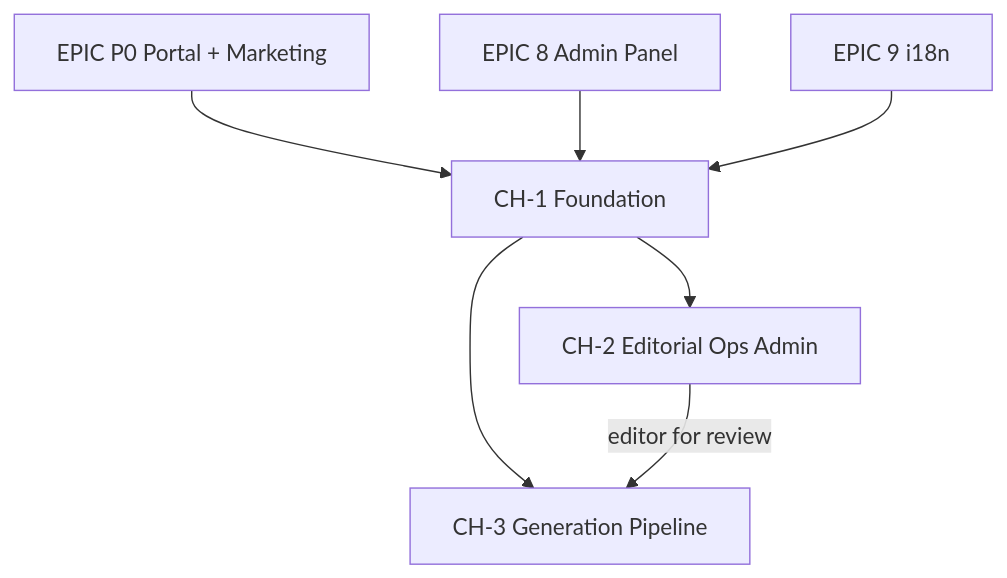
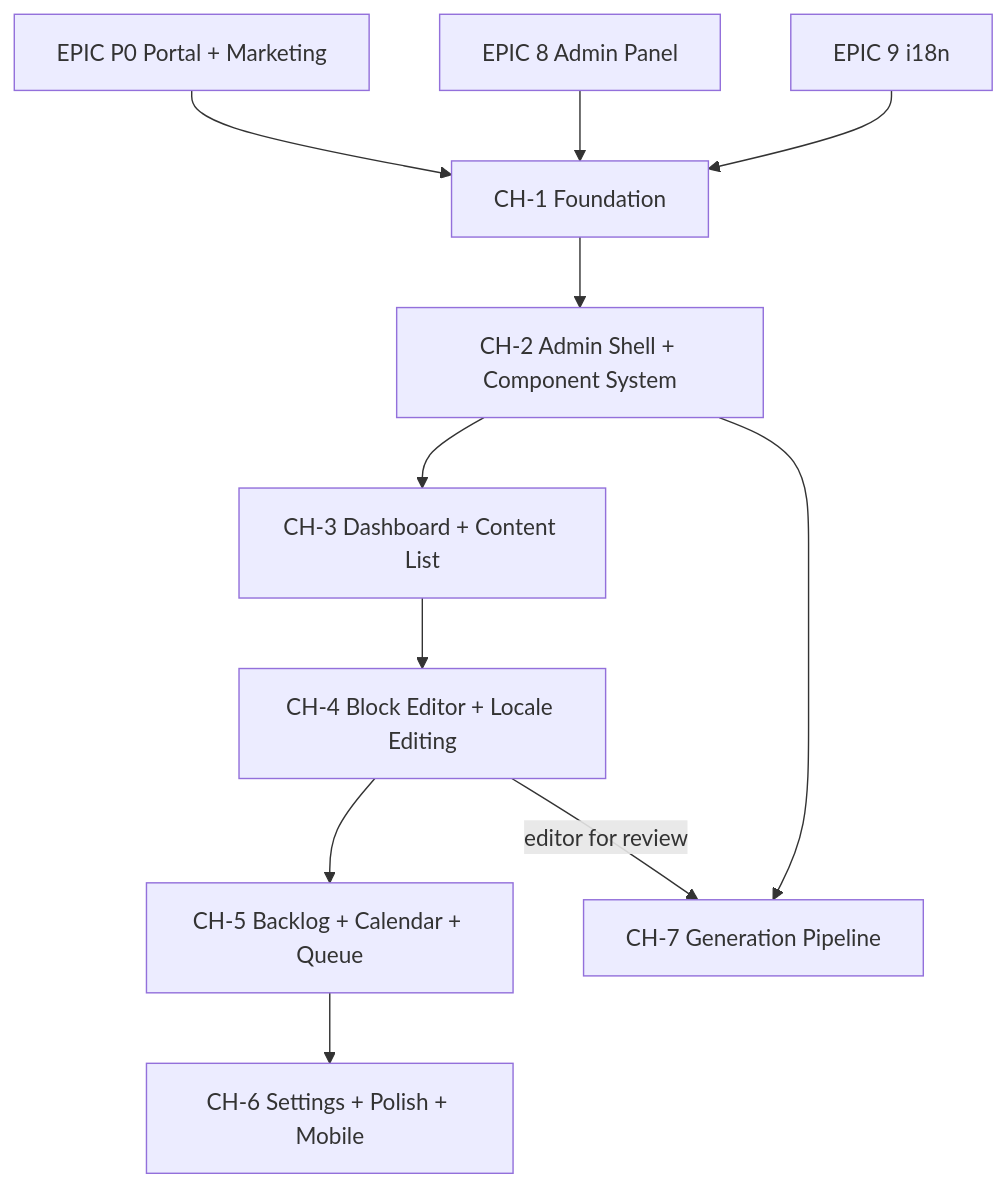
Before and after one commit to Johan-Jo/dispute-desk: the diagram in docs/epics/RESOURCE-HUB-PLAN.md, drawn with Mermaid. The commit also changed other lines of this file and 1 other file, not shown here.

First line of the commit message:
docs: rewrite Resource Hub plan into 7 epics (CH-1 through CH-7) with Figma admin PRD

````diff
--- a/docs/epics/RESOURCE-HUB-PLAN.md
+++ b/docs/epics/RESOURCE-HUB-PLAN.md
@@ -27,16 +28,24 @@
 ```mermaid
 flowchart TB
   EP0[EPIC P0 Portal + Marketing]
   E8[EPIC 8 Admin Panel]
   E9[EPIC 9 i18n]
   CH1[CH-1 Foundation]
-  CH2[CH-2 Editorial Ops Admin]
-  CH3[CH-3 Generation Pipeline]
+  CH2[CH-2 Admin Shell + Component System]
+  CH3[CH-3 Dashboard + Content List]
+  CH4[CH-4 Block Editor + Locale Editing]
+  CH5[CH-5 Backlog + Calendar + Queue]
+  CH6[CH-6 Settings + Polish + Mobile]
+  CH7[CH-7 Generation Pipeline]
 
   EP0 --> CH1
   E8 --> CH1
   E9 --> CH1
   CH1 --> CH2
-  CH1 --> CH3
-  CH2 -->|editor for review| CH3
+  CH2 --> CH3
+  CH3 --> CH4
+  CH4 --> CH5
+  CH5 --> CH6
+  CH2 --> CH7
+  CH4 -->|editor for review| CH7
 ```
````
